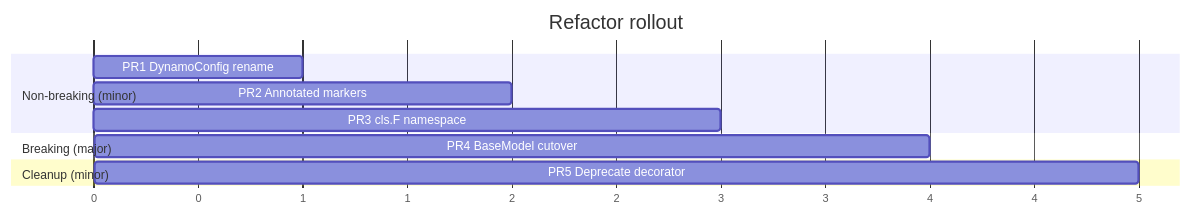
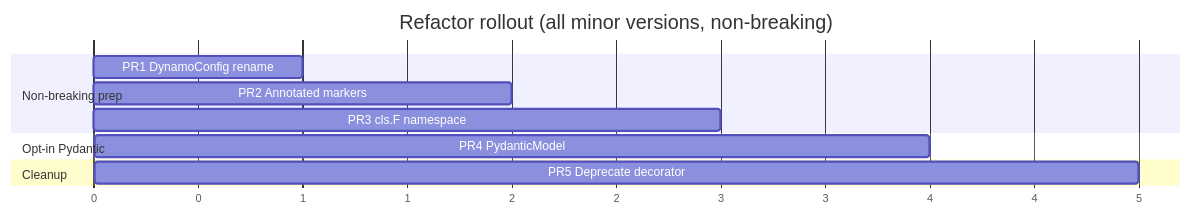
Before and after one commit to jesusch/pydynox: the third of 3 diagrams in docs/refactor/pydantic-model/overview.md, drawn with Mermaid. The commit also changed other lines of this file and 8 other files, not shown here.

````diff
--- a/docs/refactor/pydantic-model/overview.md
+++ b/docs/refactor/pydantic-model/overview.md
@@ -180,17 +208,17 @@
 ```mermaid
 gantt
-    title Refactor rollout
+    title Refactor rollout (all minor versions, non-breaking)
     dateFormat X
     axisFormat %s
 
-    section Non-breaking (minor)
+    section Non-breaking prep
     PR1 DynamoConfig rename     : 0, 1
     PR2 Annotated markers       : 1, 2
     PR3 cls.F namespace         : 2, 3
 
-    section Breaking (major)
-    PR4 BaseModel cutover       : 3, 4
+    section Opt-in Pydantic
+    PR4 PydanticModel           : 3, 4
 
-    section Cleanup (minor)
+    section Cleanup
     PR5 Deprecate decorator     : 4, 5
 ```
````
